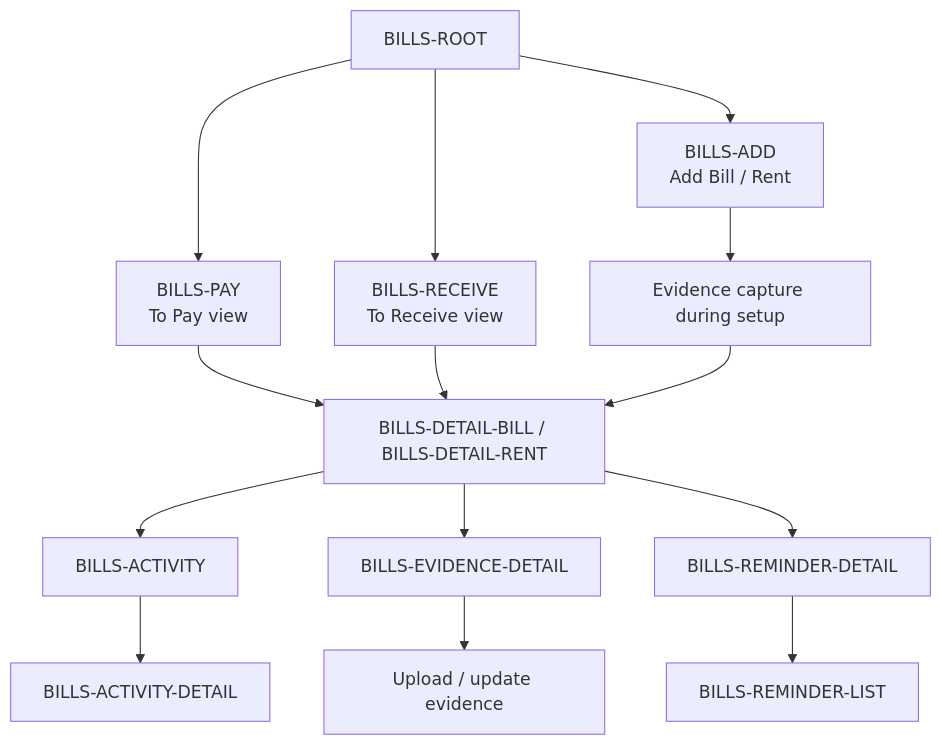
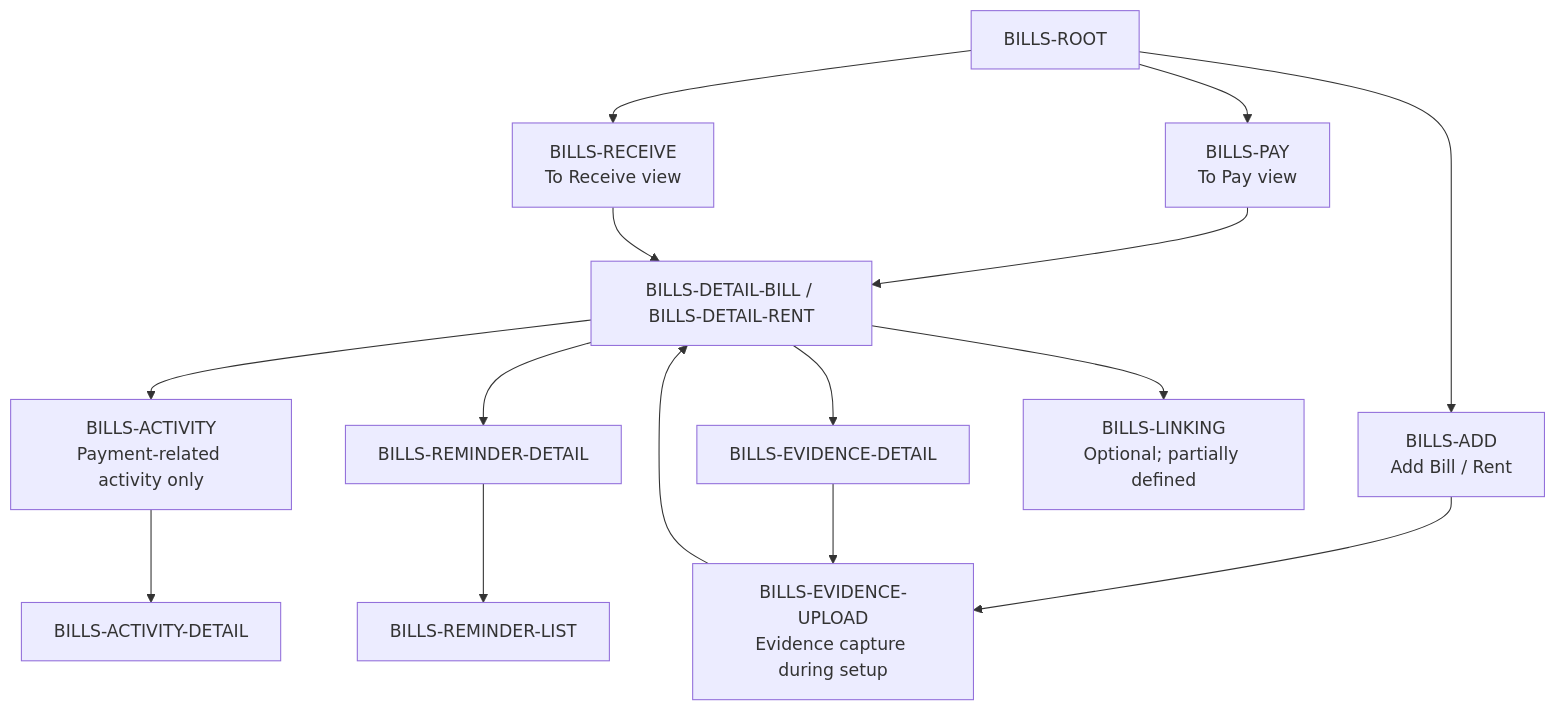
Before and after one commit to adminpayplus/payplus-docs: the second of 8 diagrams in docs/diagrams/payplus-app-route-entry-map.md, drawn with Mermaid. The commit also changed other lines of this file and 32 other files, not shown here.

````diff
--- a/docs/diagrams/payplus-app-route-entry-map.md
+++ b/docs/diagrams/payplus-app-route-entry-map.md
@@ -58,19 +60,20 @@
 ```mermaid
 flowchart TD
   BROOT["BILLS-ROOT"] --> BPAY["BILLS-PAY<br/>To Pay view"]
   BROOT --> BRECEIVE["BILLS-RECEIVE<br/>To Receive view"]
   BROOT --> BADD["BILLS-ADD<br/>Add Bill / Rent"]
 
   BPAY --> BDETAIL["BILLS-DETAIL-BILL / BILLS-DETAIL-RENT"]
   BRECEIVE --> BDETAIL
-  BADD --> BEVUPLOAD["Evidence capture during setup"]
+  BADD --> BEVUPLOAD["BILLS-EVIDENCE-UPLOAD<br/>Evidence capture during setup"]
   BEVUPLOAD --> BDETAIL
 
-  BDETAIL --> BACTIVITY["BILLS-ACTIVITY"]
+  BDETAIL --> BACTIVITY["BILLS-ACTIVITY<br/>Payment-related activity only"]
   BDETAIL --> BEVIDENCE["BILLS-EVIDENCE-DETAIL"]
   BDETAIL --> BREMINDER["BILLS-REMINDER-DETAIL"]
+  BDETAIL --> BLINK["BILLS-LINKING<br/>Optional; partially defined"]
 
   BACTIVITY --> BACTIVITYDETAIL["BILLS-ACTIVITY-DETAIL"]
-  BEVIDENCE --> BEVUPLOAD2["Upload / update evidence"]
+  BEVIDENCE --> BEVUPLOAD
   BREMINDER --> BREMINDERLIST["BILLS-REMINDER-LIST"]
 ```
````
